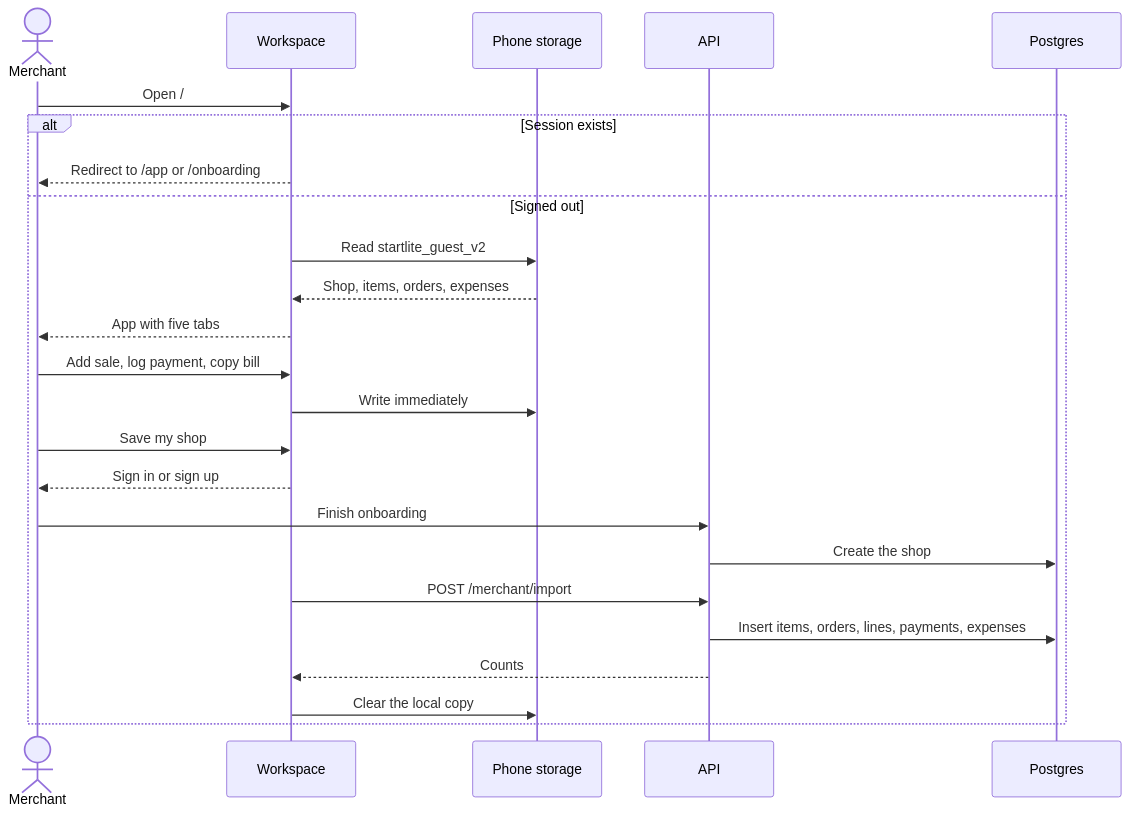
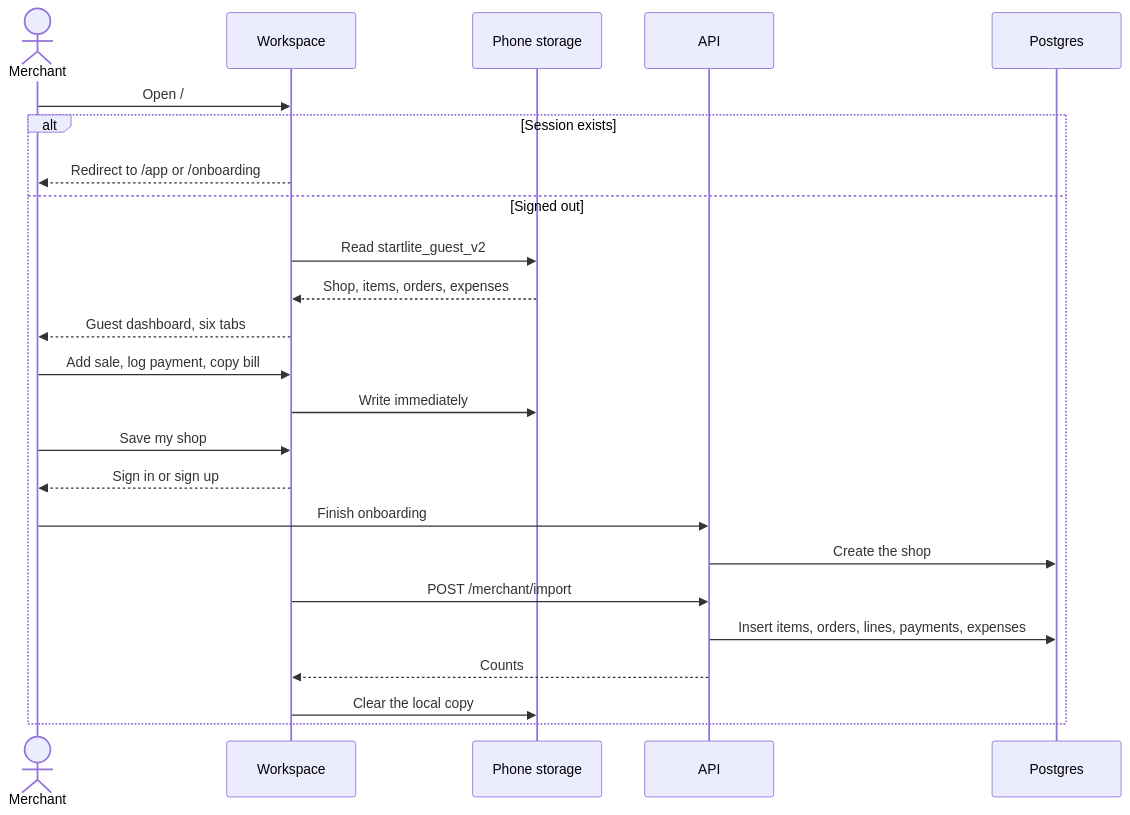
The second of 4 diagrams in docs/architecture.md (piyush-sawhney/startlite), drawn with Mermaid before and after one commit. The commit also changed 46 other files, not shown here.

````diff
--- a/docs/architecture.md
+++ b/docs/architecture.md
@@ -64,27 +64,27 @@
 ```mermaid
 sequenceDiagram
     actor M as Merchant
     participant W as Workspace
     participant L as Phone storage
     participant A as API
     participant D as Postgres
 
     M->>W: Open /
     alt Session exists
         W-->>M: Redirect to /app or /onboarding
     else Signed out
         W->>L: Read startlite_guest_v2
         L-->>W: Shop, items, orders, expenses
-        W-->>M: App with five tabs
+        W-->>M: Guest dashboard, six tabs
         M->>W: Add sale, log payment, copy bill
         W->>L: Write immediately
         M->>W: Save my shop
         W-->>M: Sign in or sign up
         M->>A: Finish onboarding
         A->>D: Create the shop
         W->>A: POST /merchant/import
         A->>D: Insert items, orders, lines, payments, expenses
         A-->>W: Counts
         W->>L: Clear the local copy
     end
 ```
````
